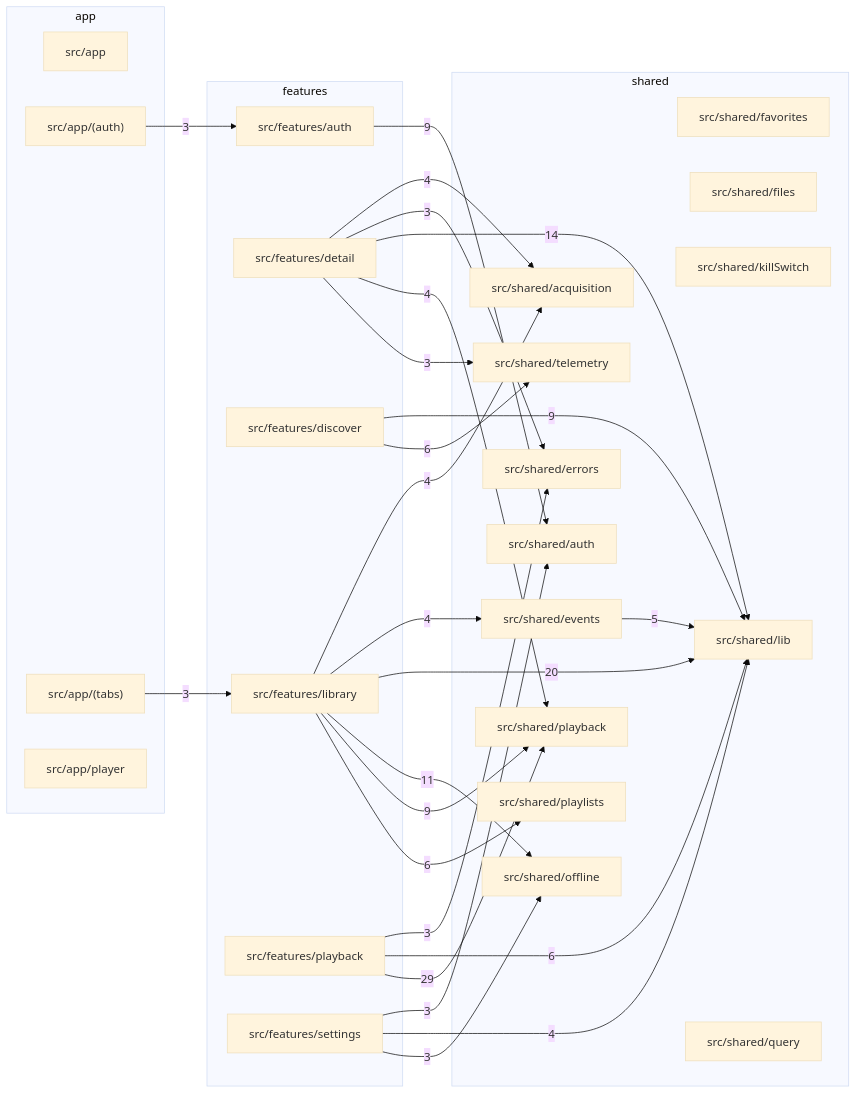
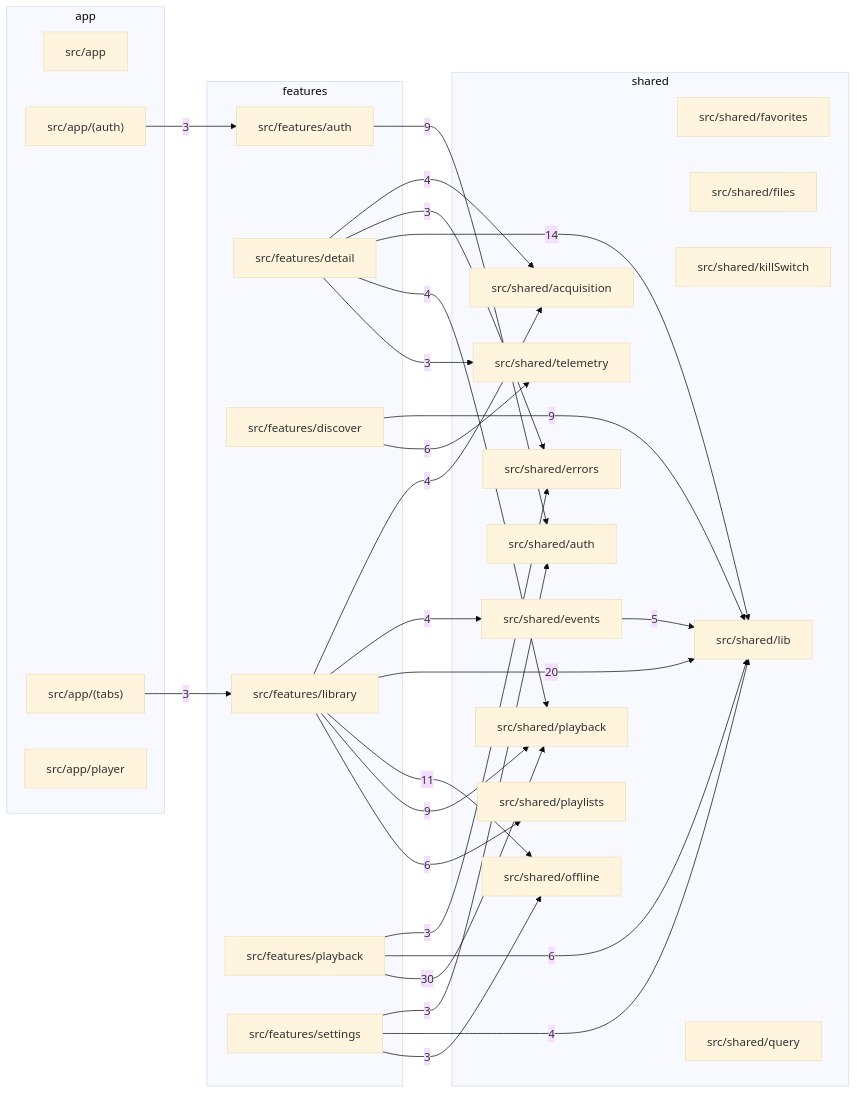
One commit to aleburrascano/altune changed the third of 3 diagrams in docs/architecture.md. Above: the diagram before and after it, drawn with Mermaid (base theme). The commit also changed 4 other files, not shown here.

````diff
--- a/docs/architecture.md
+++ b/docs/architecture.md
@@ -68,55 +68,55 @@
 ```mermaid
 flowchart LR
   subgraph app
     apps_mobile_src_app["src/app"]
     apps_mobile_src_app__auth_["src/app/(auth)"]
     apps_mobile_src_app__tabs_["src/app/(tabs)"]
     apps_mobile_src_app_player["src/app/player"]
   end
   subgraph features
     apps_mobile_src_features_auth["src/features/auth"]
     apps_mobile_src_features_detail["src/features/detail"]
     apps_mobile_src_features_discover["src/features/discover"]
     apps_mobile_src_features_library["src/features/library"]
     apps_mobile_src_features_playback["src/features/playback"]
     apps_mobile_src_features_settings["src/features/settings"]
   end
   subgraph shared
     apps_mobile_src_shared_acquisition["src/shared/acquisition"]
     apps_mobile_src_shared_auth["src/shared/auth"]
     apps_mobile_src_shared_errors["src/shared/errors"]
     apps_mobile_src_shared_events["src/shared/events"]
     apps_mobile_src_shared_favorites["src/shared/favorites"]
     apps_mobile_src_shared_files["src/shared/files"]
     apps_mobile_src_shared_killSwitch["src/shared/killSwitch"]
     apps_mobile_src_shared_lib["src/shared/lib"]
     apps_mobile_src_shared_offline["src/shared/offline"]
     apps_mobile_src_shared_playback["src/shared/playback"]
     apps_mobile_src_shared_playlists["src/shared/playlists"]
     apps_mobile_src_shared_query["src/shared/query"]
     apps_mobile_src_shared_telemetry["src/shared/telemetry"]
   end
   apps_mobile_src_app__auth_ -->|3| apps_mobile_src_features_auth
   apps_mobile_src_app__tabs_ -->|3| apps_mobile_src_features_library
   apps_mobile_src_features_auth -->|9| apps_mobile_src_shared_auth
   apps_mobile_src_features_detail -->|4| apps_mobile_src_shared_acquisition
   apps_mobile_src_features_detail -->|3| apps_mobile_src_shared_errors
   apps_mobile_src_features_detail -->|14| apps_mobile_src_shared_lib
   apps_mobile_src_features_detail -->|4| apps_mobile_src_shared_playback
   apps_mobile_src_features_detail -->|3| apps_mobile_src_shared_telemetry
   apps_mobile_src_features_discover -->|9| apps_mobile_src_shared_lib
   apps_mobile_src_features_discover -->|6| apps_mobile_src_shared_telemetry
   apps_mobile_src_features_library -->|4| apps_mobile_src_shared_acquisition
   apps_mobile_src_features_library -->|4| apps_mobile_src_shared_events
   apps_mobile_src_features_library -->|20| apps_mobile_src_shared_lib
   apps_mobile_src_features_library -->|11| apps_mobile_src_shared_offline
   apps_mobile_src_features_library -->|9| apps_mobile_src_shared_playback
   apps_mobile_src_features_library -->|6| apps_mobile_src_shared_playlists
   apps_mobile_src_features_playback -->|3| apps_mobile_src_shared_errors
   apps_mobile_src_features_playback -->|6| apps_mobile_src_shared_lib
-  apps_mobile_src_features_playback -->|29| apps_mobile_src_shared_playback
+  apps_mobile_src_features_playback -->|30| apps_mobile_src_shared_playback
   apps_mobile_src_features_settings -->|3| apps_mobile_src_shared_auth
   apps_mobile_src_features_settings -->|4| apps_mobile_src_shared_lib
   apps_mobile_src_features_settings -->|3| apps_mobile_src_shared_offline
   apps_mobile_src_shared_events -->|5| apps_mobile_src_shared_lib
 ```
````
